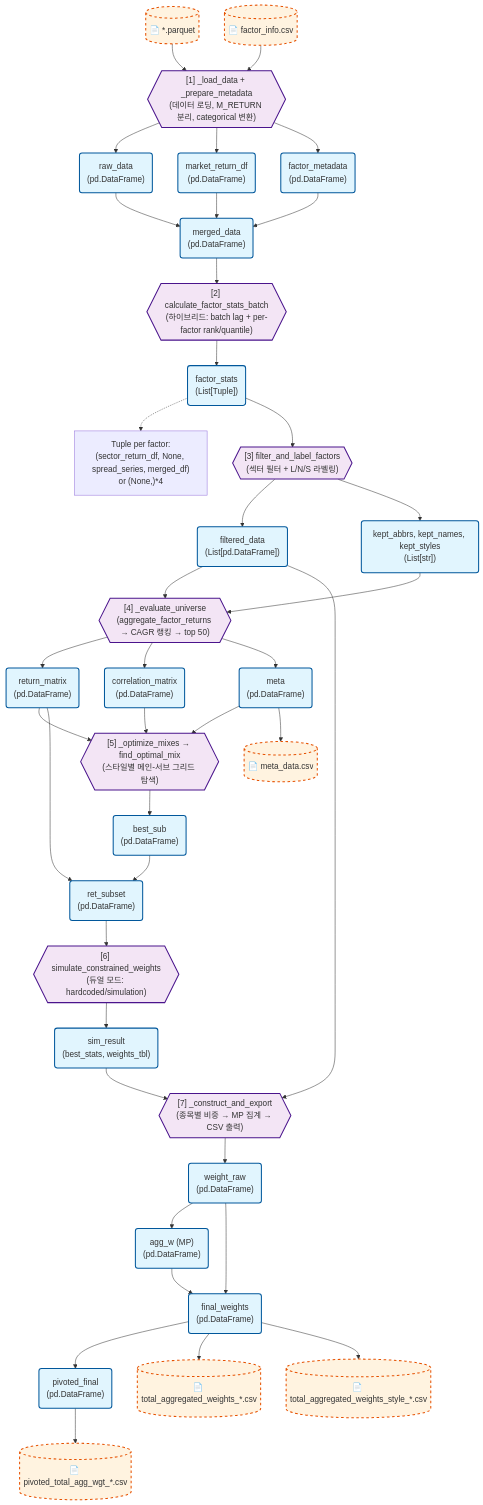
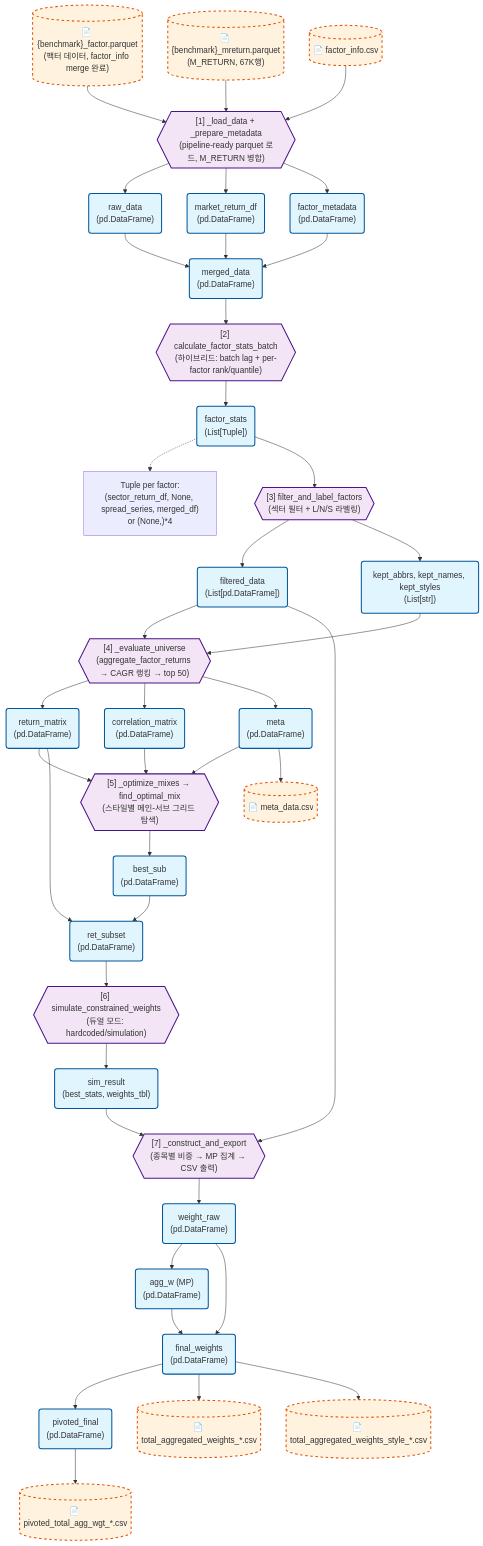
The diagram in docs/VARIABLE_FLOW.md (urhero/bok), drawn with Mermaid before and after one commit. The commit also changed other lines of this file and 9 other files, not shown here.

```diff
--- a/docs/VARIABLE_FLOW.md
+++ b/docs/VARIABLE_FLOW.md
@@ -14,17 +14,19 @@
     classDef file fill:#fff3e0,stroke:#e65100,stroke-width:2px,stroke-dasharray: 5 5;
 
     %% --- [1] Load Data ---
-    File_Parquet[("📄 *.parquet")]:::file
+    File_Factor[("📄 {benchmark}_factor.parquet<br/>(팩터 데이터, factor_info merge 완료)")]:::file
+    File_MRet[("📄 {benchmark}_mreturn.parquet<br/>(M_RETURN, 67K행)")]:::file
     File_Info[("📄 factor_info.csv")]:::file
 
-    Func_Load{{"[1] _load_data + _prepare_metadata<br/>(데이터 로딩, M_RETURN 분리, categorical 변환)"}}:::func
+    Func_Load{{"[1] _load_data + _prepare_metadata<br/>(pipeline-ready parquet 로드, M_RETURN 병합)"}}:::func
 
     Var_Raw("raw_data<br/>(pd.DataFrame)"):::data
     Var_MRet("market_return_df<br/>(pd.DataFrame)"):::data
     Var_Info("factor_metadata<br/>(pd.DataFrame)"):::data
     Var_Merged("merged_data<br/>(pd.DataFrame)"):::data
 
-    File_Parquet --> Func_Load
+    File_Factor --> Func_Load
+    File_MRet --> Func_Load
     File_Info --> Func_Load
     Func_Load --> Var_Raw & Var_MRet & Var_Info
     Var_Raw & Var_MRet & Var_Info --> Var_Merged
```
